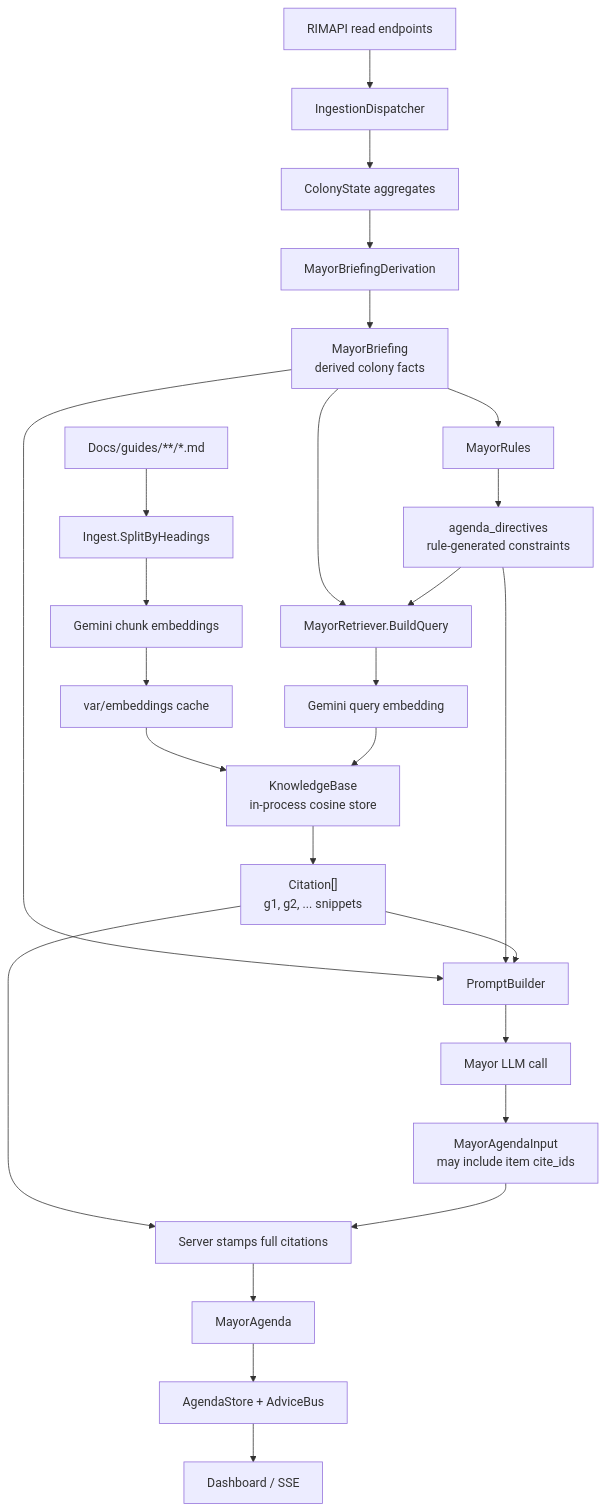
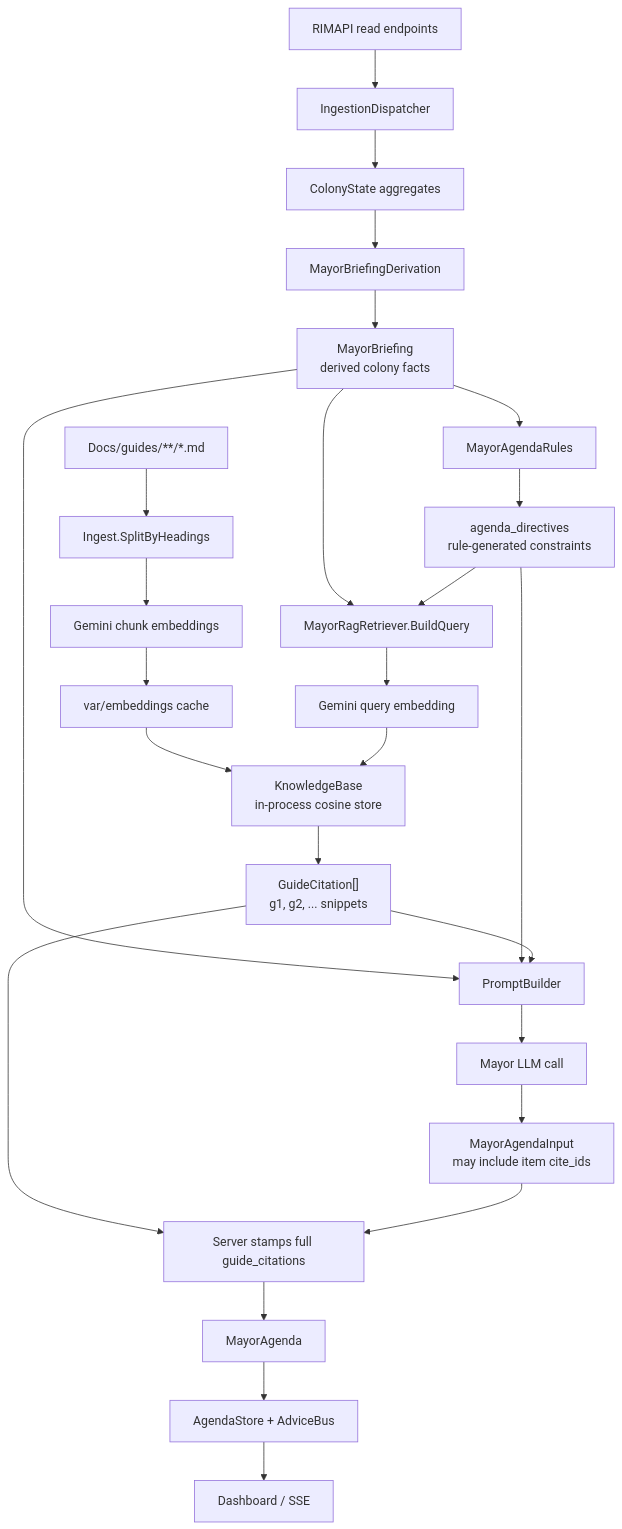
One commit to ocaspi-sc/RimBob changed the diagram in Docs/design/rag.md. Above: the diagram before and after it, drawn with Mermaid. The commit also changed other lines of this file and 17 other files, not shown here.

````diff
--- a/Docs/design/rag.md
+++ b/Docs/design/rag.md
@@ -38,33 +38,33 @@
 ```mermaid
 flowchart TD
     RimAPI["RIMAPI read endpoints"] --> Dispatcher["IngestionDispatcher"]
     Dispatcher --> State["ColonyState aggregates"]
     State --> Derivation["MayorBriefingDerivation"]
     Derivation --> Briefing["MayorBriefing<br/>derived colony facts"]
 
-    Briefing --> Rules["MayorRules"]
+    Briefing --> Rules["MayorAgendaRules"]
     Rules --> Directives["agenda_directives<br/>rule-generated constraints"]
 
-    Briefing --> Query["MayorRetriever.BuildQuery"]
+    Briefing --> Query["MayorRagRetriever.BuildQuery"]
     Directives --> Query
     Query --> QueryEmbedding["Gemini query embedding"]
 
     Guides["Docs/guides/**/*.md"] --> Ingest["Ingest.SplitByHeadings"]
     Ingest --> ChunkEmbedding["Gemini chunk embeddings"]
     ChunkEmbedding --> Cache["var/embeddings cache"]
     Cache --> KB["KnowledgeBase<br/>in-process cosine store"]
 
     QueryEmbedding --> KB
-    KB --> Citations["Citation[]<br/>g1, g2, ... snippets"]
+    KB --> GuideCitations["GuideCitation[]<br/>g1, g2, ... snippets"]
 
     Briefing --> Prompt["PromptBuilder"]
     Directives --> Prompt
-    Citations --> Prompt
+    GuideCitations --> Prompt
     Prompt --> LLM["Mayor LLM call"]
     LLM --> AgendaInput["MayorAgendaInput<br/>may include item cite_ids"]
-    Citations --> Stamp["Server stamps full citations"]
+    GuideCitations --> Stamp["Server stamps full guide_citations"]
     AgendaInput --> Stamp
     Stamp --> Agenda["MayorAgenda"]
     Agenda --> Store["AgendaStore + AdviceBus"]
     Store --> Dashboard["Dashboard / SSE"]
 ```
````
